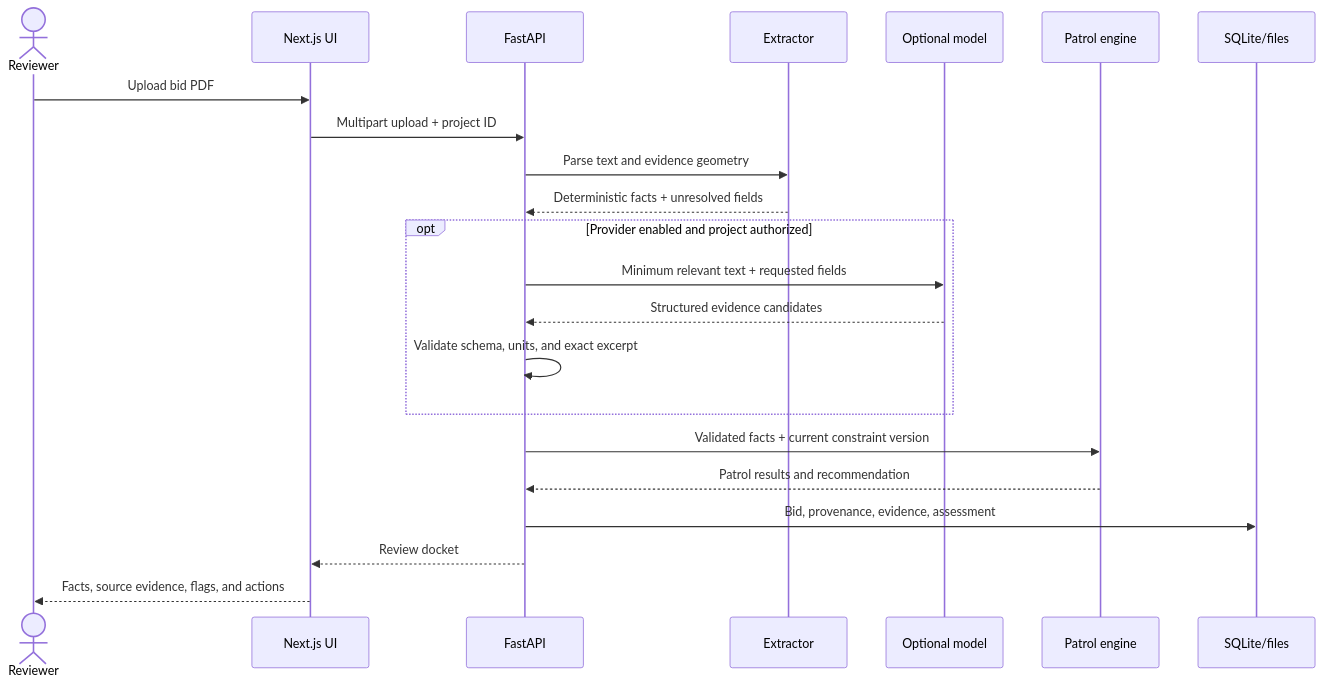
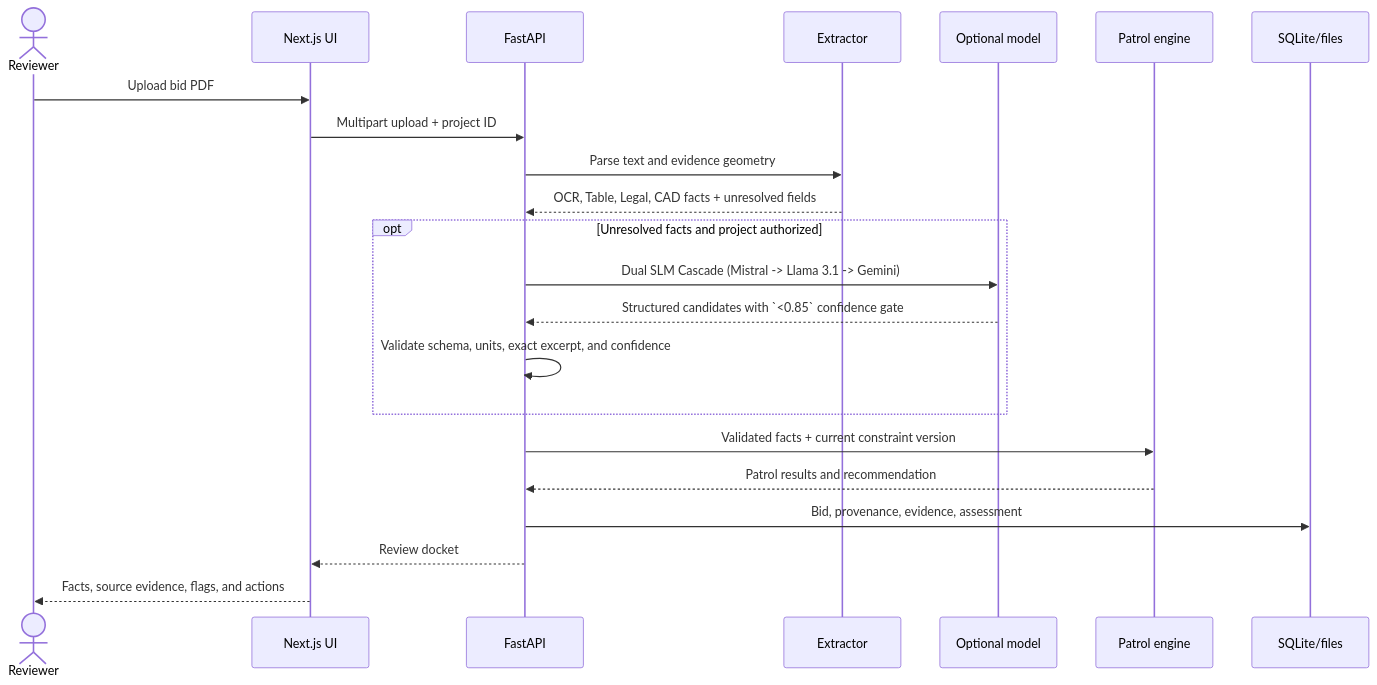
Before and after one commit to Aparna-Jha-05/kaya-ai: the diagram in TECHNICAL.md, drawn with Mermaid. The commit also changed other lines of this file and 3 other files, not shown here.

````diff
--- a/TECHNICAL.md
+++ b/TECHNICAL.md
@@ -35,25 +36,25 @@
 ```mermaid
 sequenceDiagram
     actor Reviewer
     participant UI as Next.js UI
     participant API as FastAPI
     participant Extract as Extractor
     participant Model as Optional model
     participant Rules as Patrol engine
     participant Store as SQLite/files
 
     Reviewer->>UI: Upload bid PDF
     UI->>API: Multipart upload + project ID
     API->>Extract: Parse text and evidence geometry
-    Extract-->>API: Deterministic facts + unresolved fields
-    opt Provider enabled and project authorized
-        API->>Model: Minimum relevant text + requested fields
-        Model-->>API: Structured evidence candidates
-        API->>API: Validate schema, units, and exact excerpt
+    Extract-->>API: OCR, Table, Legal, CAD facts + unresolved fields
+    opt Unresolved facts and project authorized
+        API->>Model: Dual SLM Cascade (Mistral -> Llama 3.1 -> Gemini)
+        Model-->>API: Structured candidates with `<0.85` confidence gate
+        API->>API: Validate schema, units, exact excerpt, and confidence
     end
     API->>Rules: Validated facts + current constraint version
     Rules-->>API: Patrol results and recommendation
     API->>Store: Bid, provenance, evidence, assessment
     API-->>UI: Review docket
     UI-->>Reviewer: Facts, source evidence, flags, and actions
 ```
````
